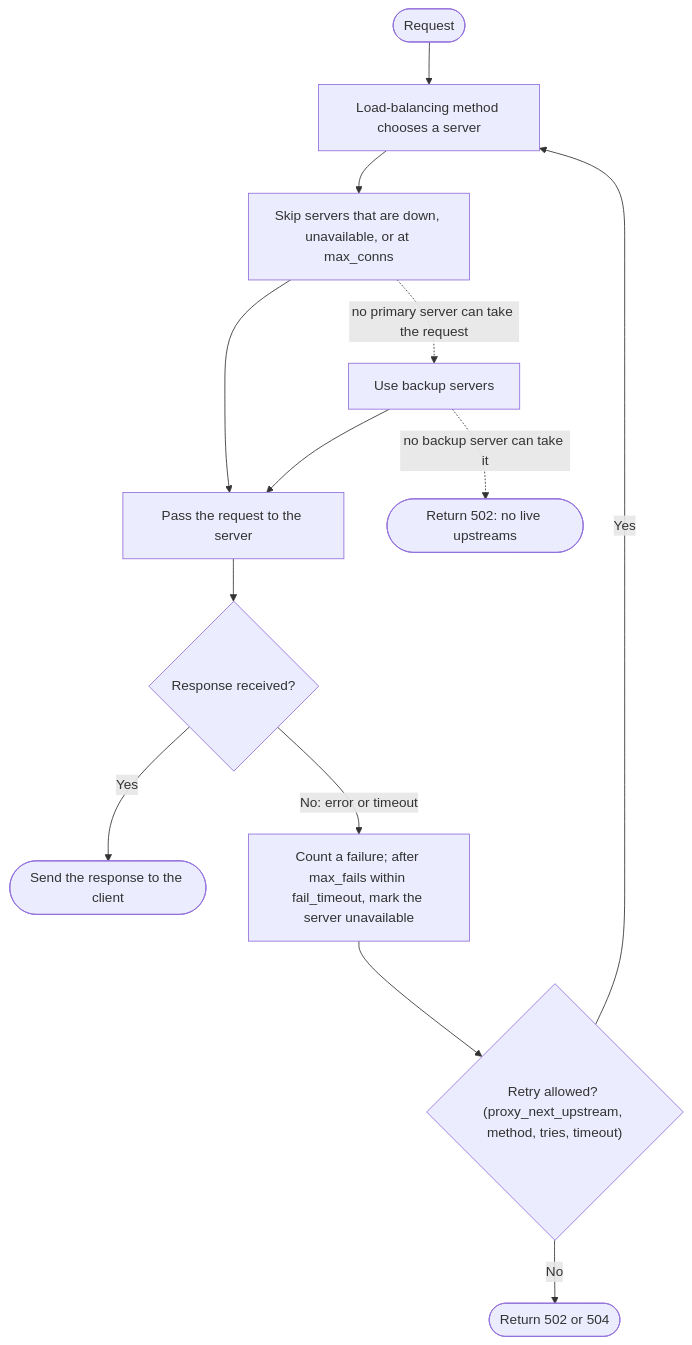
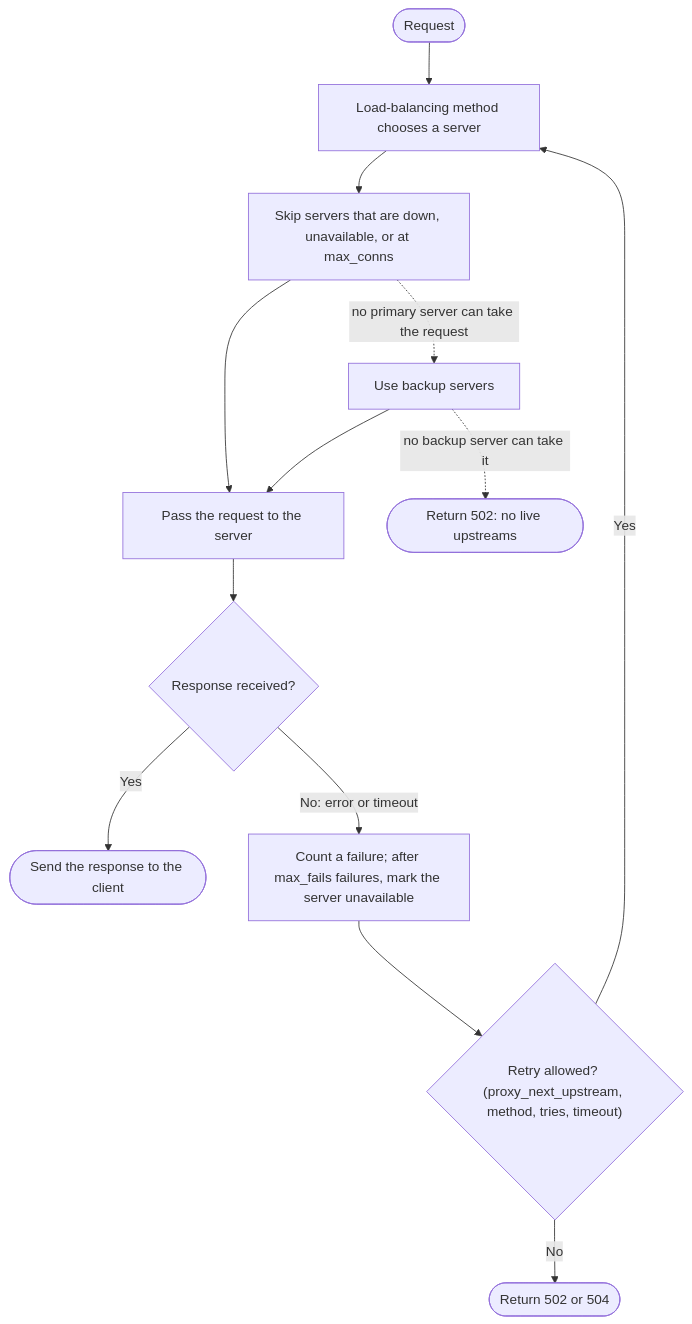
Before and after one commit to kool277/nginx.docs: the diagram in content/nginx/admin-guide/load-balancer/http-load-balancer.md, drawn with Mermaid. The commit also changed other lines of this file and 1 other file, not shown here.

First line of the commit message:
docs: Correct the max_fails wording in load balancing guides

````diff
--- a/content/nginx/admin-guide/load-balancer/http-load-balancer.md
+++ b/content/nginx/admin-guide/load-balancer/http-load-balancer.md
@@ -48,15 +48,15 @@
 ```mermaid
 flowchart TD
     req([Request]) --> method["Load-balancing method chooses a server"]
     method --> skip["Skip servers that are down, unavailable, or at max_conns"]
     skip --> send[Pass the request to the server]
     send --> ok{"Response received?"}
     ok -- Yes --> resp([Send the response to the client])
-    ok -- "No: error or timeout" --> count["Count a failure; after max_fails within fail_timeout, mark the server unavailable"]
+    ok -- "No: error or timeout" --> count["Count a failure; after max_fails failures, mark the server unavailable"]
     count --> next{"Retry allowed? (proxy_next_upstream, method, tries, timeout)"}
     next -- Yes --> method
     next -- No --> err([Return 502 or 504])
     skip -. "no primary server can take the request" .-> backup[Use backup servers]
     backup --> send
     backup -. "no backup server can take it" .-> nolive(["Return 502: no live upstreams"])
 ```
````
